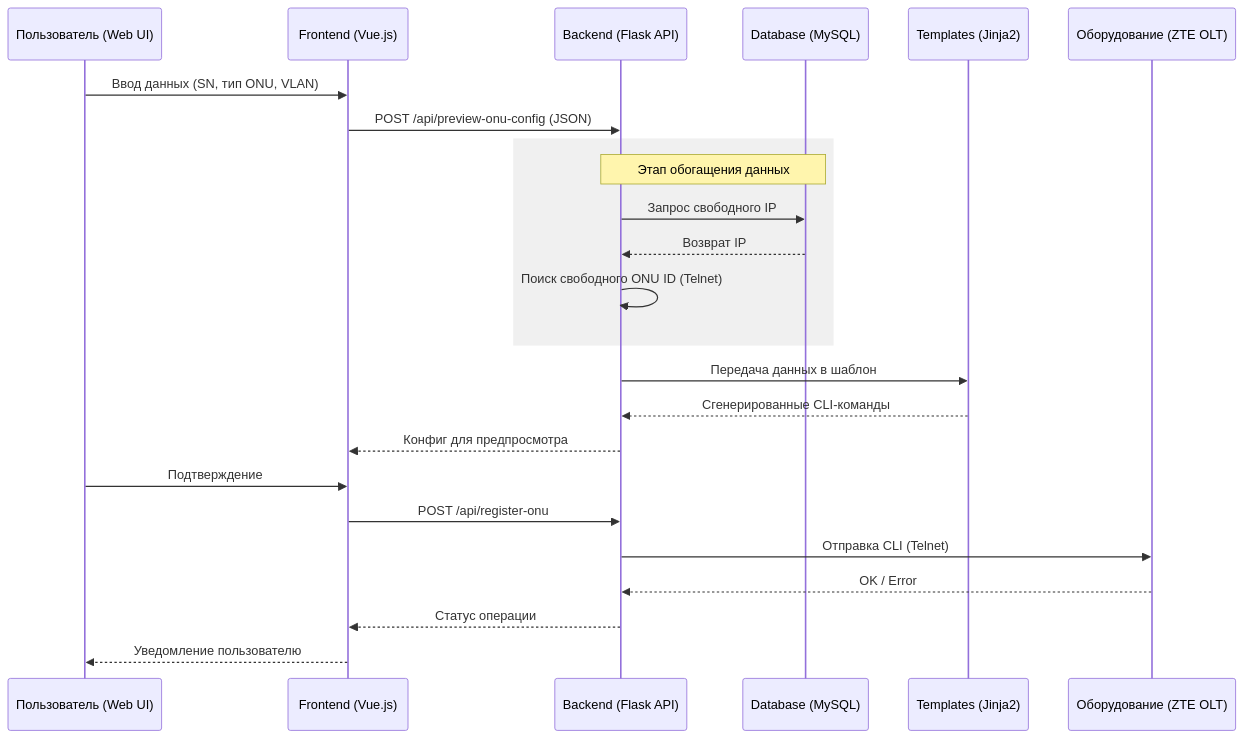
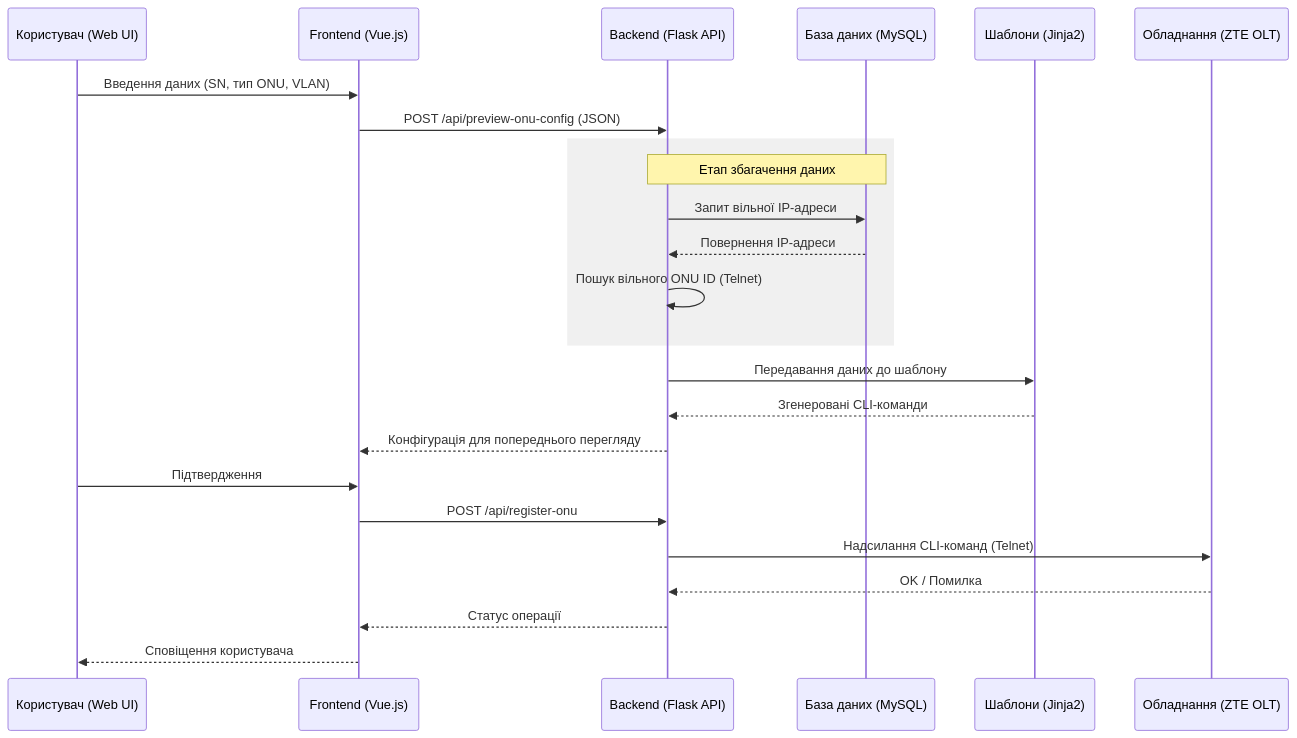
One commit to net-maestro/PONHub changed the diagram in README.md. Above: the diagram before and after it, drawn with Mermaid. The commit also changed other lines of this file, not shown here.

````diff
--- a/README.md
+++ b/README.md
@@ -104,31 +105,32 @@
 ```mermaid
 sequenceDiagram
-    participant U as Пользователь (Web UI)
+    participant U as Користувач (Web UI)
     participant F as Frontend (Vue.js)
     participant B as Backend (Flask API)
-    participant DB as Database (MySQL)
-    participant T as Templates (Jinja2)
-    participant OLT as Оборудование (ZTE OLT)
+    participant DB as База даних (MySQL)
+    participant T as Шаблони (Jinja2)
+    participant OLT as Обладнання (ZTE OLT)
 
-    U->>F: Ввод данных (SN, тип ONU, VLAN)
+    U->>F: Введення даних (SN, тип ONU, VLAN)
     F->>B: POST /api/preview-onu-config (JSON)
 
     rect rgb(240, 240, 240)
-        Note over B,DB: Этап обогащения данных
-        B->>DB: Запрос свободного IP
-        DB-->>B: Возврат IP
-        B->>B: Поиск свободного ONU ID (Telnet)
+        Note over B,DB: Етап збагачення даних
+        B->>DB: Запит вільної IP-адреси
+        DB-->>B: Повернення IP-адреси
+        B->>B: Пошук вільного ONU ID (Telnet)
     end
 
-    B->>T: Передача данных в шаблон
-    T-->>B: Сгенерированные CLI-команды
-    B-->>F: Конфиг для предпросмотра
+    B->>T: Передавання даних до шаблону
+    T-->>B: Згенеровані CLI-команди
+    B-->>F: Конфігурація для попереднього перегляду
 
-    U->>F: Подтверждение
+    U->>F: Підтвердження
     F->>B: POST /api/register-onu
 
-    B->>OLT: Отправка CLI (Telnet)
-    OLT-->>B: OK / Error
-    B-->>F: Статус операции
-    F-->>U: Уведомление пользователю
+    B->>OLT: Надсилання CLI-команд (Telnet)
+    OLT-->>B: OK / Помилка
+    B-->>F: Статус операції
+    F-->>U: Сповіщення користувача
+
 ```
````
